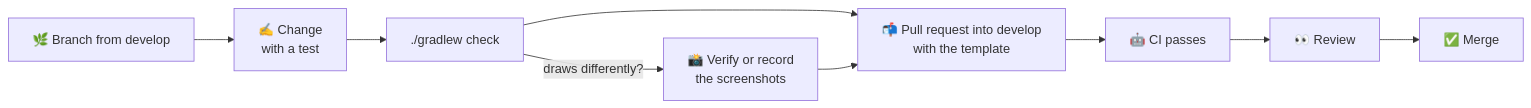
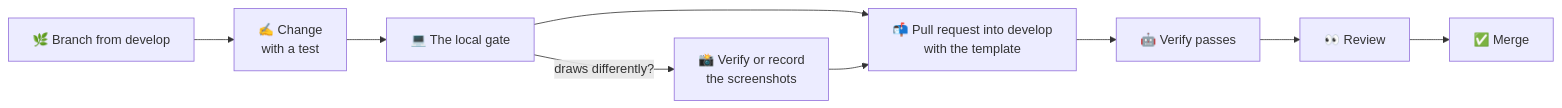
The first of 4 diagrams in CONTRIBUTING.md (qeetgroup/qeetrix-android), drawn with Mermaid before and after one commit. The commit also changed other lines of this file and 15 other files, not shown here.

````diff
--- a/CONTRIBUTING.md
+++ b/CONTRIBUTING.md
@@ -21,11 +21,11 @@
 ```mermaid
 flowchart LR
     A["🌿 Branch from develop"] --> B["✍️ Change<br/>with a test"]
-    B --> C["./gradlew check"]
+    B --> C["💻 The local gate"]
     C -- "draws differently?" --> D["📸 Verify or record<br/>the screenshots"]
     C --> E["📬 Pull request into develop<br/>with the template"]
     D --> E
-    E --> F["🤖 CI passes"]
+    E --> F["🤖 Verify passes"]
     F --> G["👀 Review"]
     G --> H["✅ Merge"]
 ```
````
